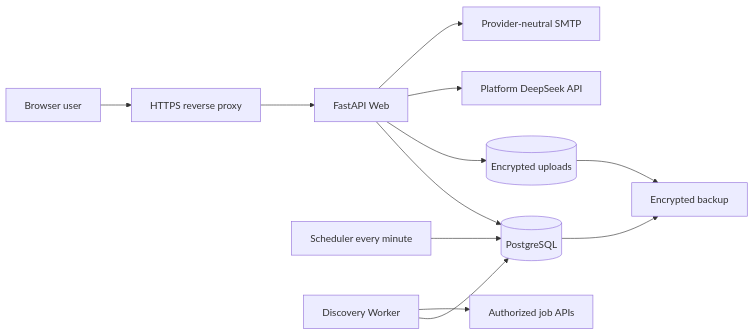
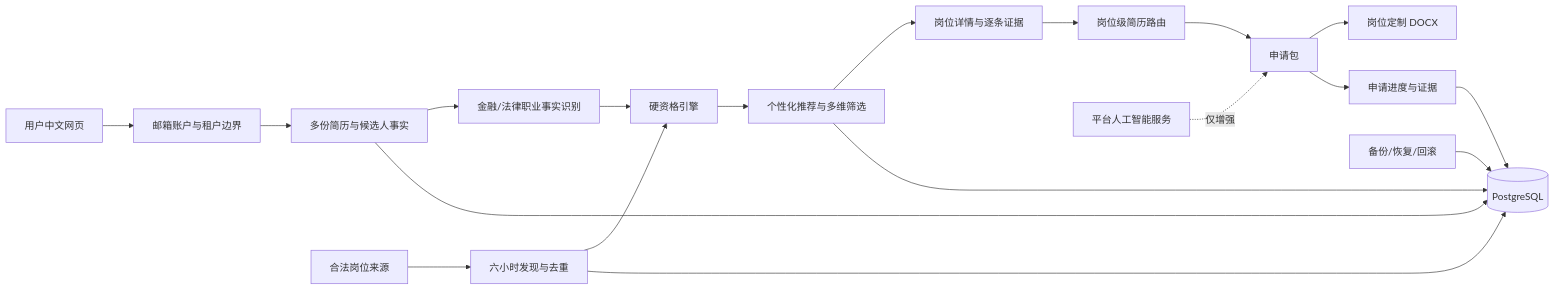
One commit to LinzeColin/MetaDatabase changed the diagram in JobHuntBotOnline/taskpack/ARCHITECTURE.md. Above: the diagram before and after it, drawn with Mermaid. The commit also changed other lines of this file and 55 other files, not shown here.

````diff
--- a/JobHuntBotOnline/taskpack/ARCHITECTURE.md
+++ b/JobHuntBotOnline/taskpack/ARCHITECTURE.md
@@ -3,14 +3,21 @@
 ```mermaid
 flowchart LR
-  U[Browser user] --> H[HTTPS reverse proxy]
-  H --> W[FastAPI Web]
-  W --> P[(PostgreSQL)]
-  W --> O[(Encrypted uploads)]
-  S[Scheduler every minute] --> P
-  K[Discovery Worker] --> P
-  K --> A[Authorized job APIs]
-  W --> D[Platform DeepSeek API]
-  W --> M[Provider-neutral SMTP]
-  P --> B[Encrypted backup]
-  O --> B
+  U[用户中文网页] --> A[邮箱账户与租户边界]
+  A --> R[多份简历与候选人事实]
+  R --> C[金融/法律职业事实识别]
+  C --> Q[硬资格引擎]
+  S[合法岗位来源] --> D[六小时发现与去重]
+  D --> Q
+  Q --> F[个性化推荐与多维筛选]
+  F --> J[岗位详情与逐条证据]
+  J --> RR[岗位级简历路由]
+  RR --> P[申请包]
+  P --> X[岗位定制 DOCX]
+  P --> T[申请进度与证据]
+  T --> DB[(PostgreSQL)]
+  R --> DB
+  D --> DB
+  F --> DB
+  AI[平台人工智能服务] -.仅增强.-> P
+  B[备份/恢复/回滚] --> DB
 ```
````
